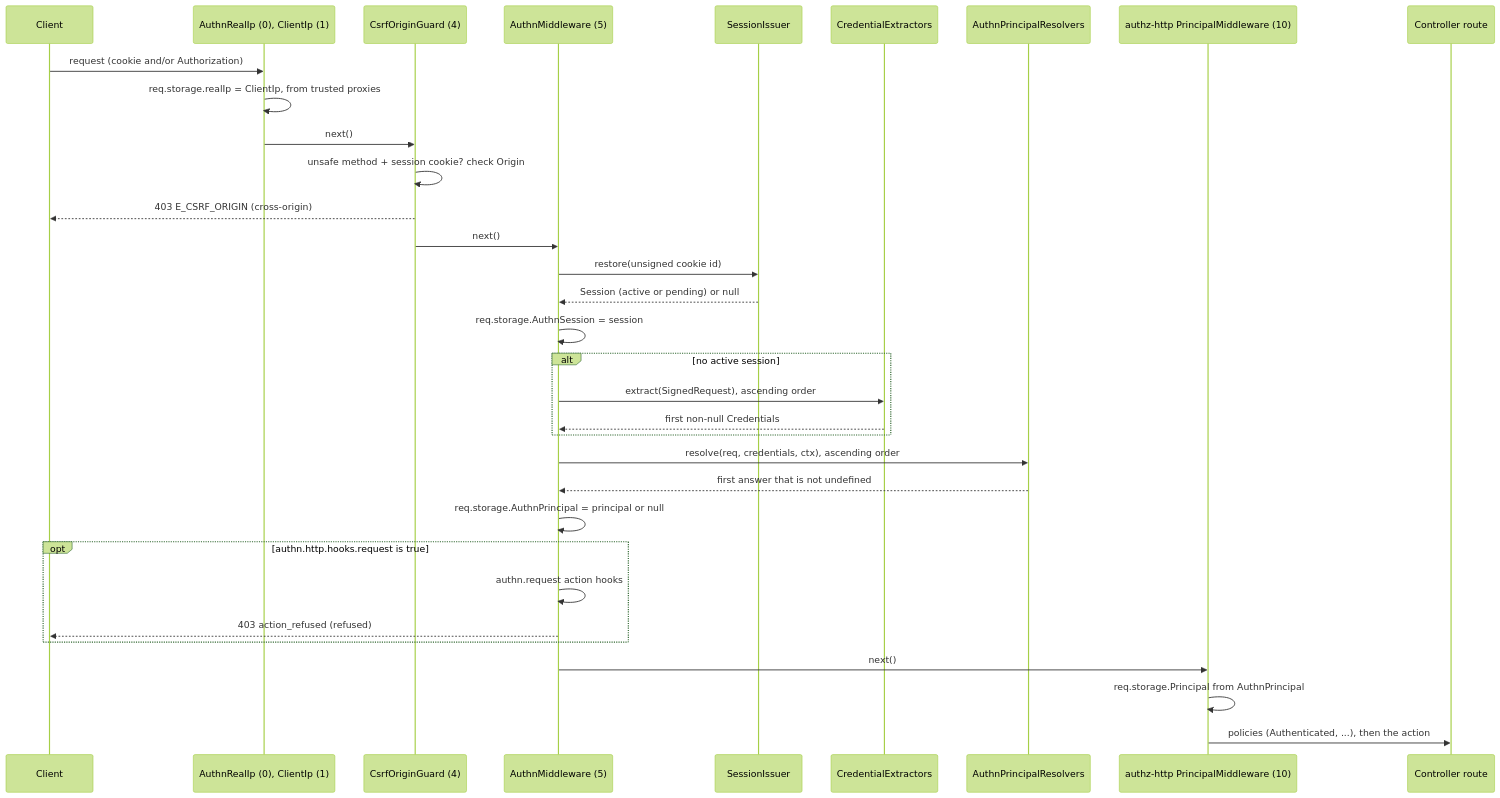
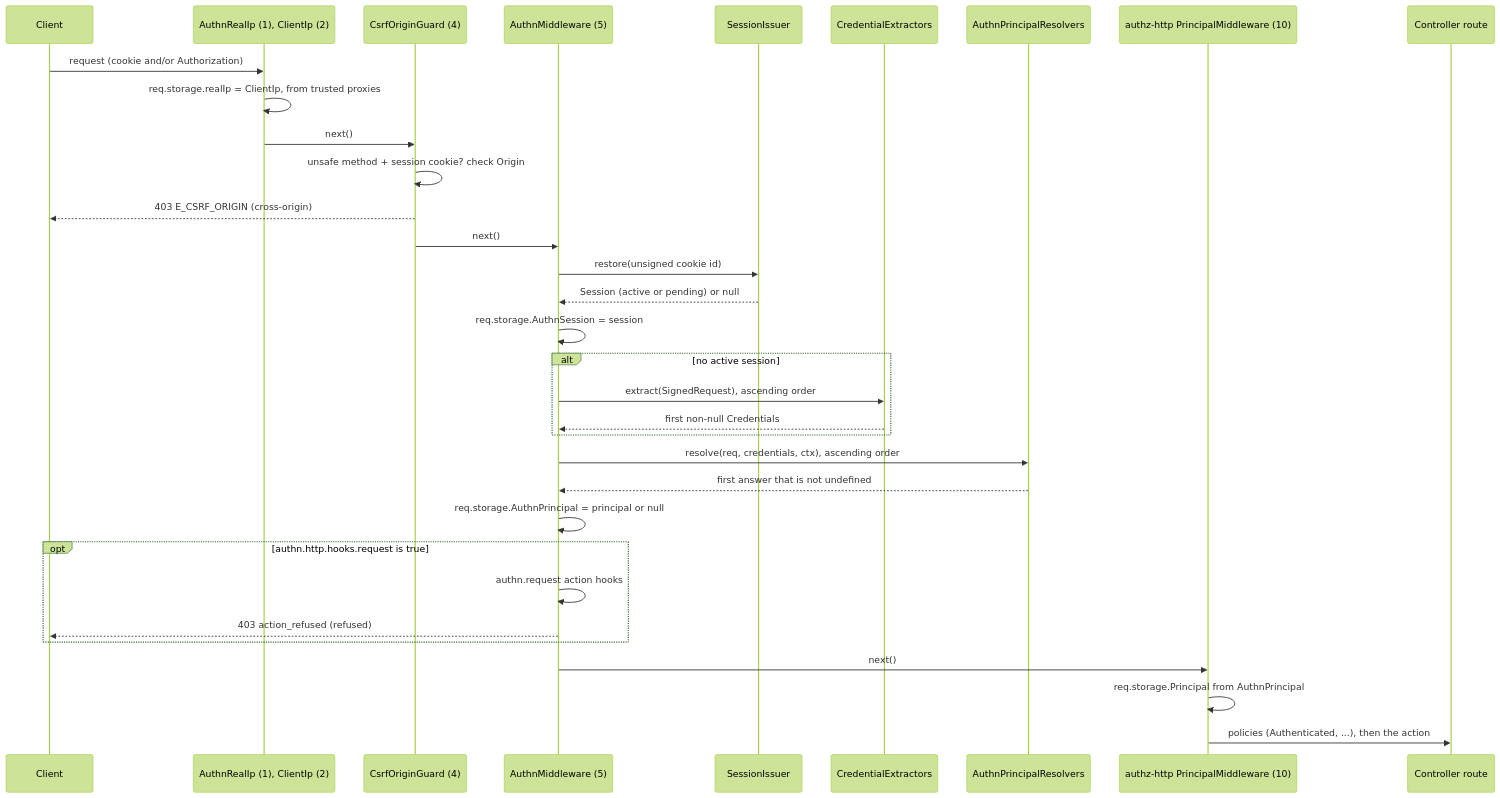
Before and after one commit to spinajs/main: the diagram in docs/authn-http/01-request-authentication.md, drawn with Mermaid (forest theme). The commit also changed other lines of this file and 21 other files, not shown here.

First line of the commit message:
fix(authn-http): ClientIp runs after any RealIp; refuse a RealIp that ignores authn.http.trustProxy

````diff
--- a/docs/authn-http/01-request-authentication.md
+++ b/docs/authn-http/01-request-authentication.md
@@ -24,35 +24,35 @@
 ```mermaid
 sequenceDiagram
   participant C as Client
-  participant IP as AuthnRealIp (0), ClientIp (1)
+  participant IP as AuthnRealIp (1), ClientIp (2)
   participant G as CsrfOriginGuard (4)
   participant M as AuthnMiddleware (5)
   participant S as SessionIssuer
   participant X as CredentialExtractors
   participant R as AuthnPrincipalResolvers
   participant Z as authz-http PrincipalMiddleware (10)
   participant A as Controller route
   C->>IP: request (cookie and/or Authorization)
   IP->>IP: req.storage.realIp = ClientIp, from trusted proxies
   IP->>G: next()
   G->>G: unsafe method + session cookie? check Origin
   G-->>C: 403 E_CSRF_ORIGIN (cross-origin)
   G->>M: next()
   M->>S: restore(unsigned cookie id)
   S-->>M: Session (active or pending) or null
   M->>M: req.storage.AuthnSession = session
   alt no active session
     M->>X: extract(SignedRequest), ascending order
     X-->>M: first non-null Credentials
   end
   M->>R: resolve(req, credentials, ctx), ascending order
   R-->>M: first answer that is not undefined
   M->>M: req.storage.AuthnPrincipal = principal or null
   opt authn.http.hooks.request is true
     M->>M: authn.request action hooks
     M-->>C: 403 action_refused (refused)
   end
   M->>Z: next()
   Z->>Z: req.storage.Principal from AuthnPrincipal
   Z->>A: policies (Authenticated, ...), then the action
 ```
````
